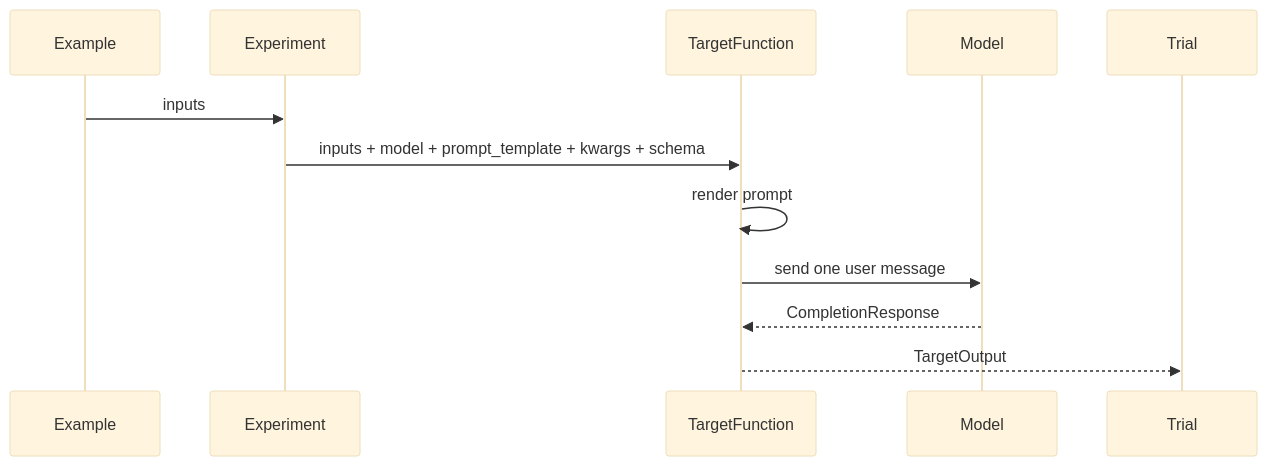
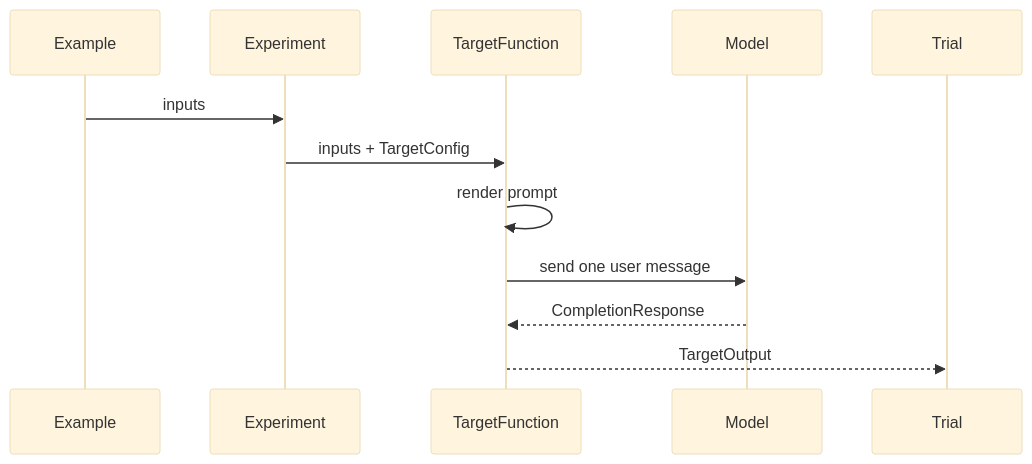
One commit to nachollorca/promptuna changed the second of 4 diagrams in README.md. Above: the diagram before and after it, drawn with Mermaid (base theme). The commit also changed other lines of this file and 2 other files, not shown here.

````diff
--- a/README.md
+++ b/README.md
@@ -36,15 +36,15 @@
 ```mermaid
 sequenceDiagram
     participant Ex as Example
     participant Exp as Experiment
     participant Tgt as TargetFunction
     participant Model
     participant Tr as Trial
 
     Ex->>Exp: inputs
-    Exp->>Tgt: inputs + model + prompt_template + kwargs + schema
+    Exp->>Tgt: inputs + TargetConfig
     Tgt->>Tgt: render prompt
     Tgt->>Model: send one user message
     Model-->>Tgt: CompletionResponse
     Tgt-->>Tr: TargetOutput
 ```
````
